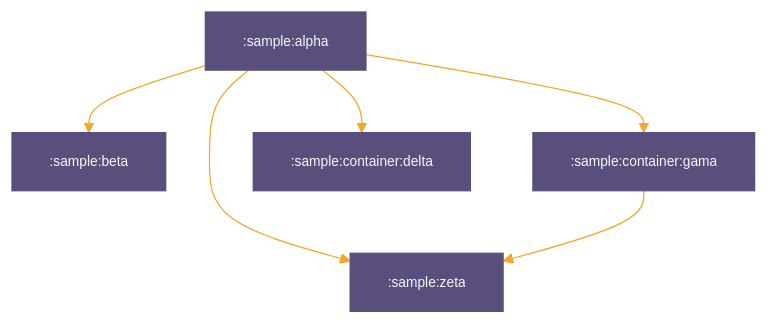
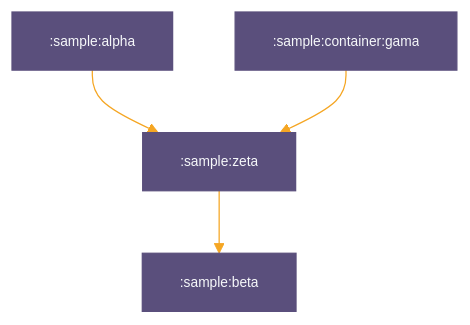
The diagram in sample/README.md (iurysza/module-graph), drawn with Mermaid before and after one commit. The commit also changed 8 other files, not shown here.

````diff
--- a/sample/README.md
+++ b/sample/README.md
@@ -3,15 +3,13 @@
 ```mermaid
 %%{
   init: {
     'theme': 'base',
 	'themeVariables': {"primaryTextColor":"#F6F8FAff","primaryColor":"#5a4f7c","primaryBorderColor":"#5a4f7c","lineColor":"#f5a623","tertiaryColor":"#40375c","fontSize":"11px"}
   }
 }%%
 
 graph TB
+  :sample:zeta --> :sample:beta
   :sample:alpha --> :sample:zeta
-  :sample:alpha --> :sample:beta
-  :sample:alpha --> :sample:container:gama
-  :sample:alpha --> :sample:container:delta
   :sample:container:gama --> :sample:zeta
 ```
````
